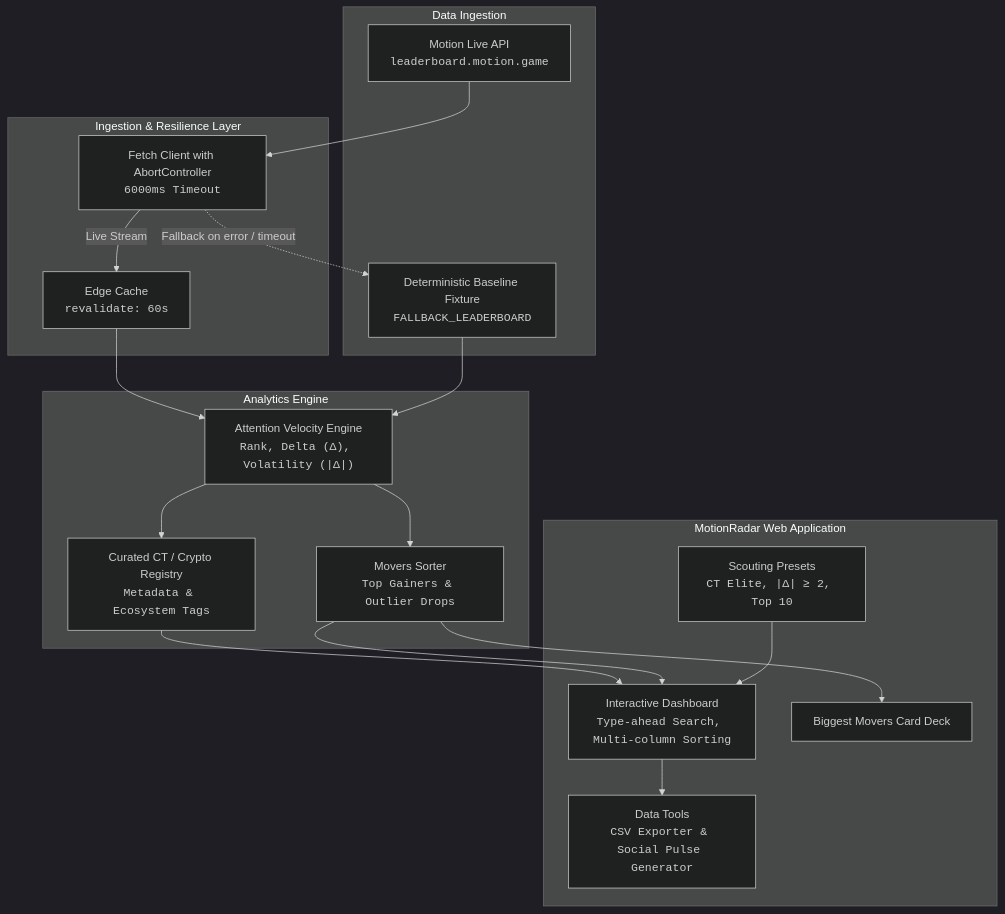
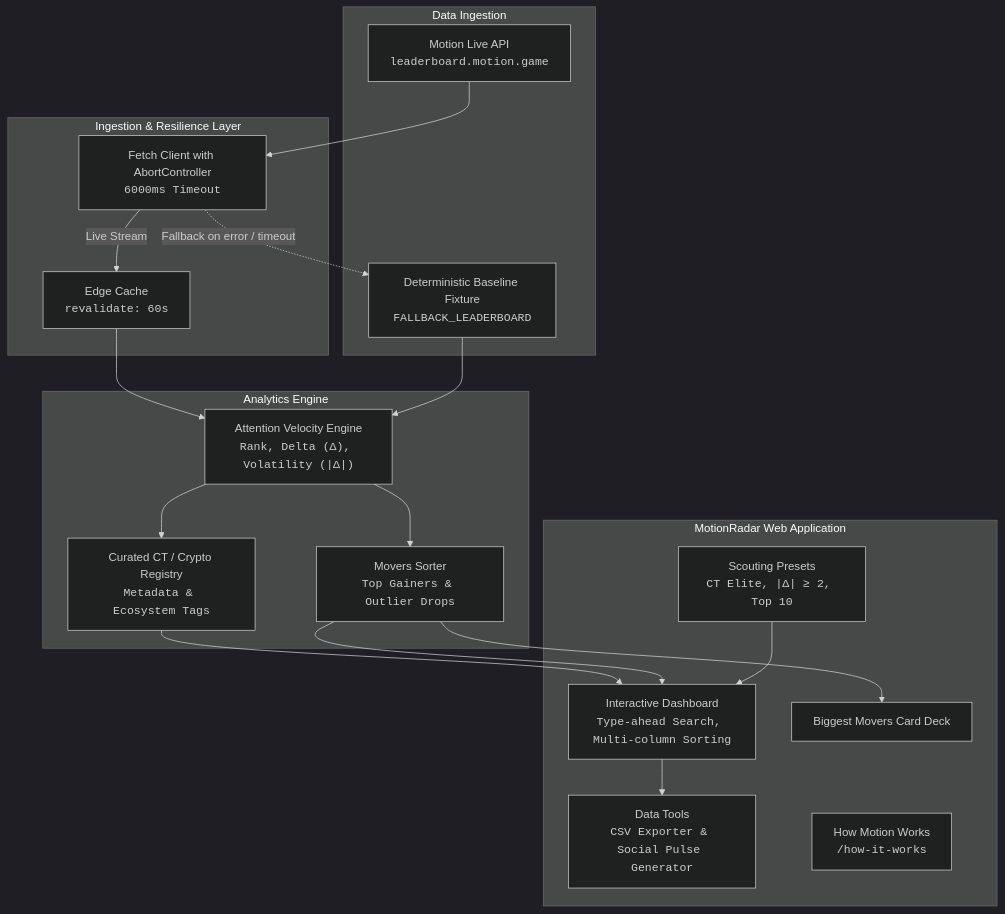
The diagram in README.md (kellycryptos/MotionRadar), drawn with Mermaid (dark theme) before and after one commit. The commit also changed other lines of this file, not shown here.

Commit message:
Document How Motion Works explainer page

````diff
--- a/README.md
+++ b/README.md
@@ -30,38 +43,39 @@
 ```mermaid
 flowchart TD
     subgraph DataSources["Data Ingestion"]
         API["Motion Live API<br/><code>leaderboard.motion.game</code>"]
         Fixture["Deterministic Baseline Fixture<br/><code>FALLBACK_LEADERBOARD</code>"]
     end
 
     subgraph Service["Ingestion & Resilience Layer"]
         Fetch["Fetch Client with AbortController<br/><code>6000ms Timeout</code>"]
         ISR["Edge Cache<br/><code>revalidate: 60s</code>"]
     end
 
     subgraph Analytics["Analytics Engine"]
         Velocity["Attention Velocity Engine<br/><code>Rank, Delta (Δ), Volatility (|Δ|)</code>"]
         Movers["Movers Sorter<br/><code>Top Gainers & Outlier Drops</code>"]
         CTRegistry["Curated CT / Crypto Registry<br/><code>Metadata & Ecosystem Tags</code>"]
     end
 
     subgraph UI["MotionRadar Web Application"]
         Dashboard["Interactive Dashboard<br/><code>Type-ahead Search, Multi-column Sorting</code>"]
         Cards["Biggest Movers Card Deck"]
         Presets["Scouting Presets<br/><code>CT Elite, |Δ| ≥ 2, Top 10</code>"]
         Tools["Data Tools<br/><code>CSV Exporter & Social Pulse Generator</code>"]
+        Explainer["How Motion Works<br/><code>/how-it-works</code>"]
     end
 
     API --> Fetch
     Fetch -->|Live Stream| ISR
     Fetch -.->|Fallback on error / timeout| Fixture
     ISR --> Velocity
     Fixture --> Velocity
     Velocity --> Movers
     Velocity --> CTRegistry
     Movers --> Cards
     CTRegistry --> Dashboard
     Movers --> Dashboard
     Presets --> Dashboard
     Dashboard --> Tools
 ```
````
